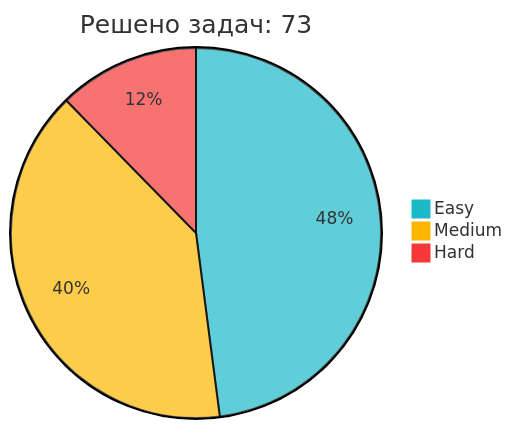
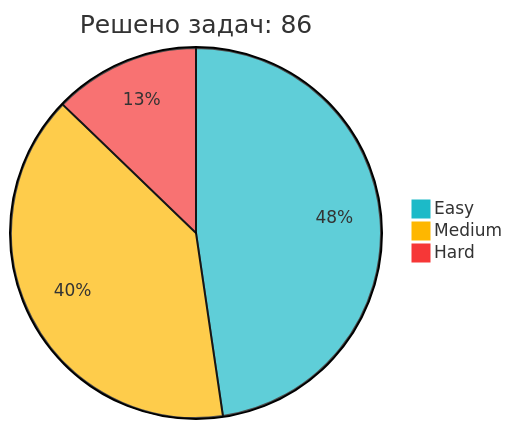
The diagram in README.md (IliaKurdukov/IliaKurdukov), drawn with Mermaid before and after one commit. The commit also changed other lines of this file, not shown here.

Commit message:
📈 Обновление статистики LeetCode

````diff
--- a/README.md
+++ b/README.md
@@ -51,7 +51,7 @@
 ```mermaid
 %%{init: {'theme': 'base', 'themeVariables': { 'pie1': '#1CBAC8', 'pie2': '#FEB700', 'pie3': '#F63737' }, 'config': {'width': 300, 'height': 200}}}%%
-pie title Решено задач: 73
-   "Easy" : 35
-   "Medium" : 29
-   "Hard" : 9
+pie title Решено задач: 86
+   "Easy" : 41
+   "Medium" : 34
+   "Hard" : 11
 ```
````
